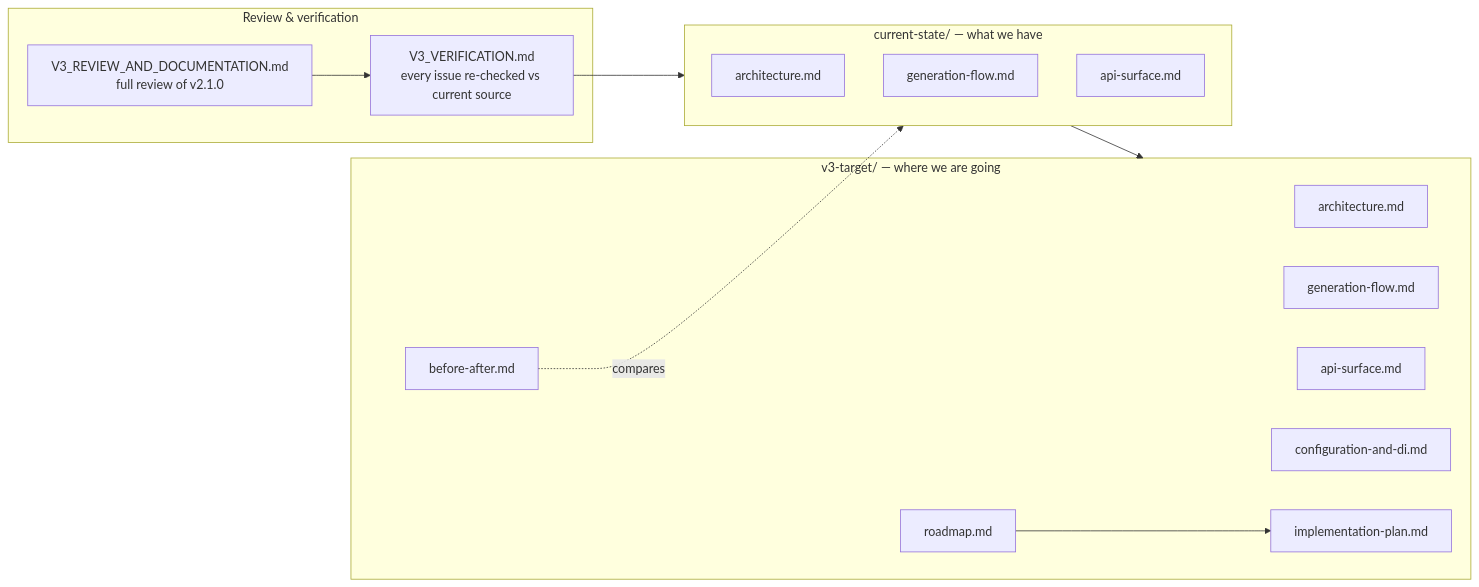
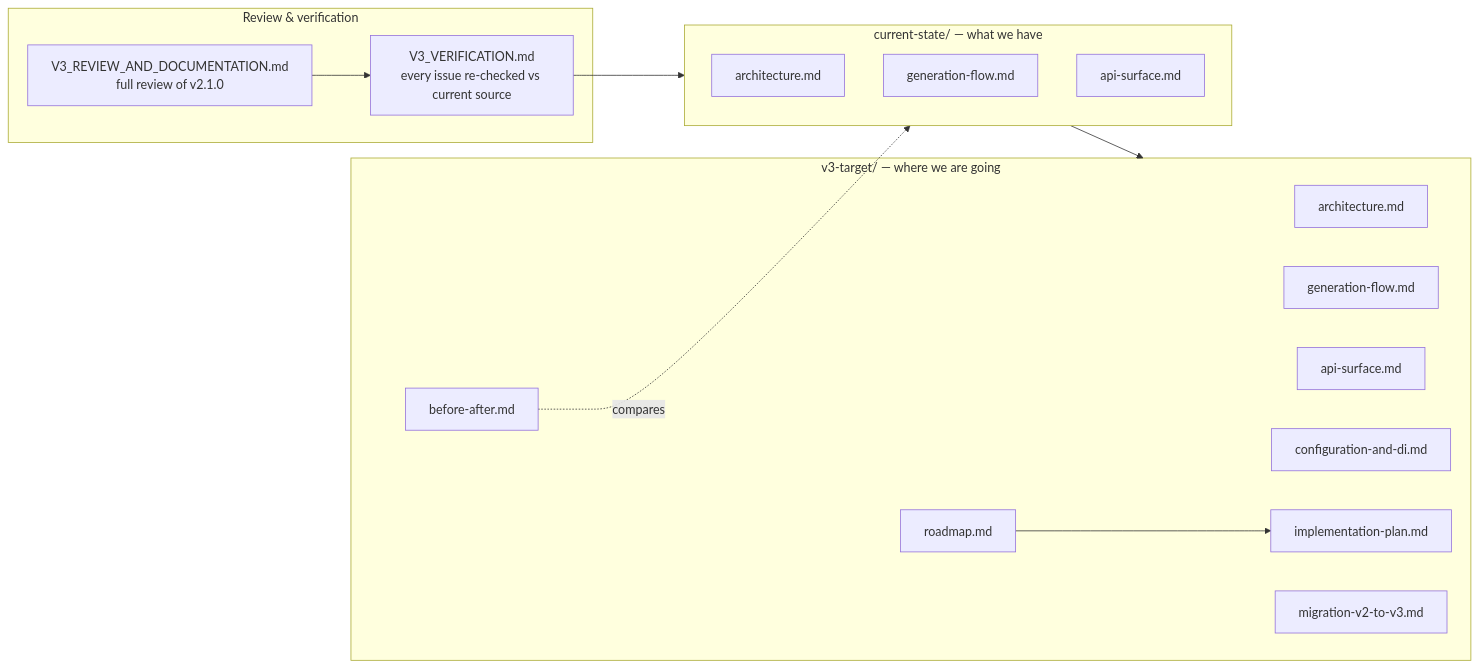
Before and after one commit to prjseal/PasswordGenerator: the diagram in docs/README.md, drawn with Mermaid. The commit also changed other lines of this file and 8 other files, not shown here.

````diff
--- a/docs/README.md
+++ b/docs/README.md
@@ -9,25 +9,26 @@
 ```mermaid
 flowchart LR
     subgraph Review["Review & verification"]
         A[V3_REVIEW_AND_DOCUMENTATION.md<br/>full review of v2.1.0]
         B[V3_VERIFICATION.md<br/>every issue re-checked vs current source]
     end
     subgraph Current["current-state/ — what we have"]
         C1[architecture.md]
         C2[generation-flow.md]
         C3[api-surface.md]
     end
     subgraph Target["v3-target/ — where we are going"]
         T1[architecture.md]
         T2[generation-flow.md]
         T3[api-surface.md]
         T4[configuration-and-di.md]
         T5[before-after.md]
         T6[roadmap.md]
         T7[implementation-plan.md]
+        T8[migration-v2-to-v3.md]
     end
     A --> B --> Current
     Current --> Target
     T5 -. compares .-> Current
     T6 --> T7
 ```
````
